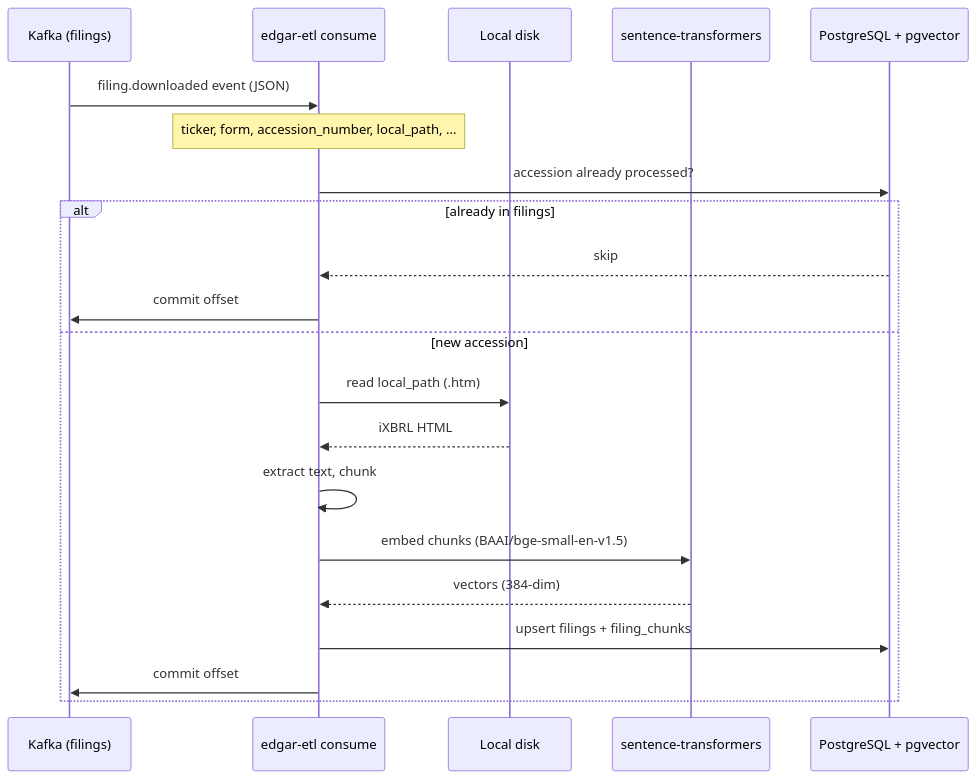
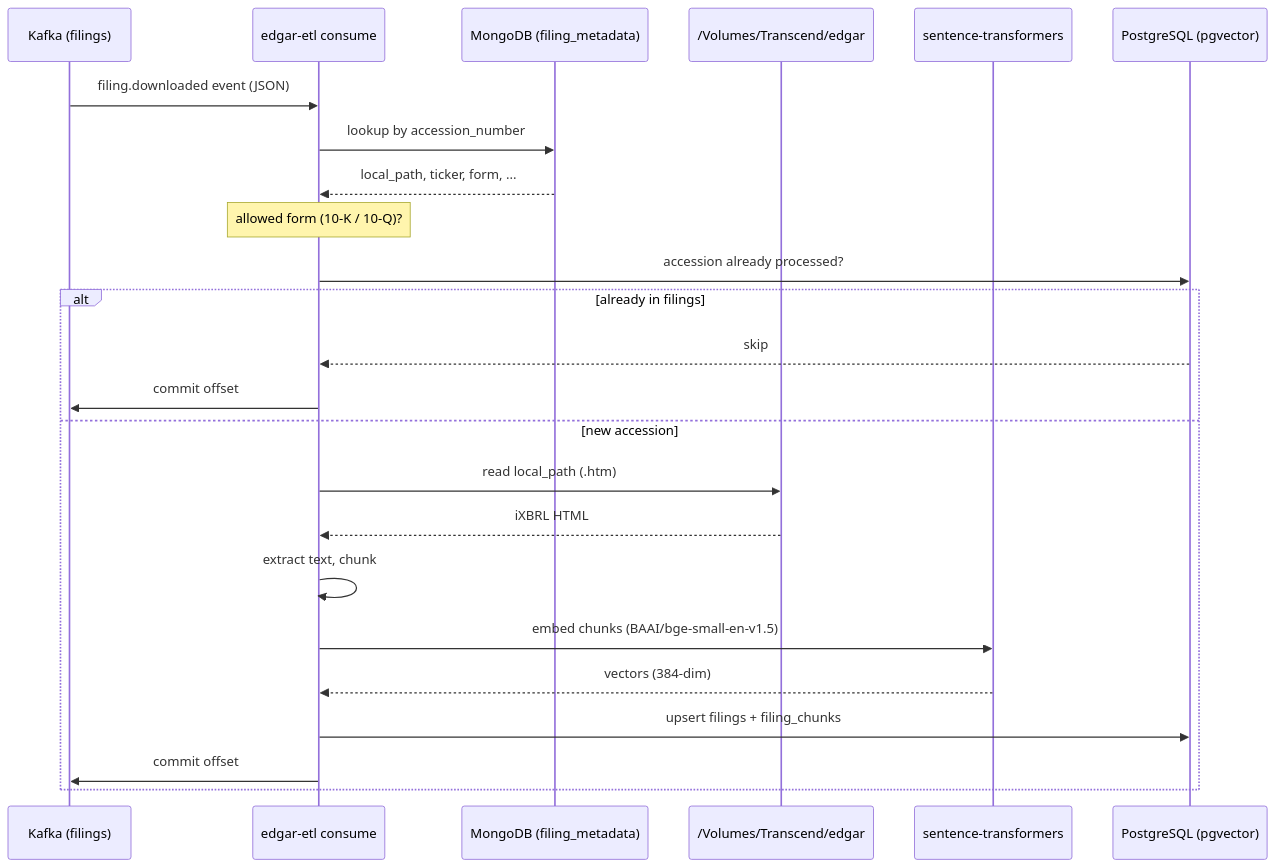
One commit to sanjuthomas/sec-edgar-filings-to-pgvector changed the first of 3 diagrams in README.md. Above: the diagram before and after it, drawn with Mermaid. The commit also changed other lines of this file and 11 other files, not shown here.

First line of the commit message:
Run ETL in Docker as a read-only consumer of sec-edgar-filings.

````diff
--- a/README.md
+++ b/README.md
@@ -14,25 +14,28 @@
 ```mermaid
 sequenceDiagram
     participant Kafka as Kafka (filings)
     participant ETL as edgar-etl consume
-    participant Disk as Local disk
+    participant Mongo as MongoDB (filing_metadata)
+    participant Disk as /Volumes/Transcend/edgar
     participant Model as sentence-transformers
-    participant PG as PostgreSQL + pgvector
+    participant PG as PostgreSQL (pgvector)
 
     Kafka->>ETL: filing.downloaded event (JSON)
-    Note over ETL: ticker, form, accession_number, local_path, ...
+    ETL->>Mongo: lookup by accession_number
+    Mongo-->>ETL: local_path, ticker, form, ...
+    Note over ETL: allowed form (10-K / 10-Q)?
 
     ETL->>PG: accession already processed?
     alt already in filings
         PG-->>ETL: skip
         ETL->>Kafka: commit offset
     else new accession
         ETL->>Disk: read local_path (.htm)
         Disk-->>ETL: iXBRL HTML
         ETL->>ETL: extract text, chunk
         ETL->>Model: embed chunks (BAAI/bge-small-en-v1.5)
         Model-->>ETL: vectors (384-dim)
         ETL->>PG: upsert filings + filing_chunks
         ETL->>Kafka: commit offset
     end
 ```
````
